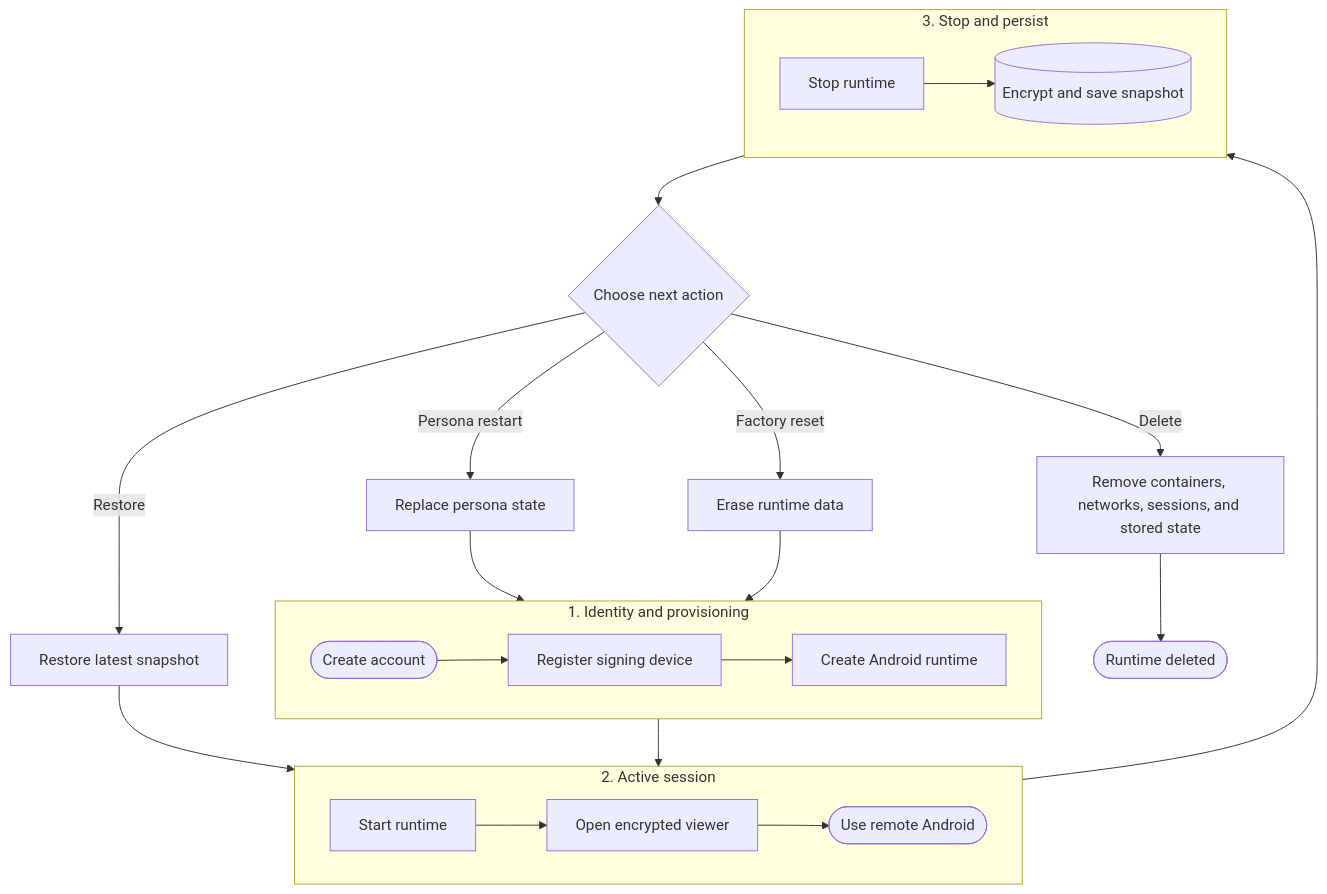
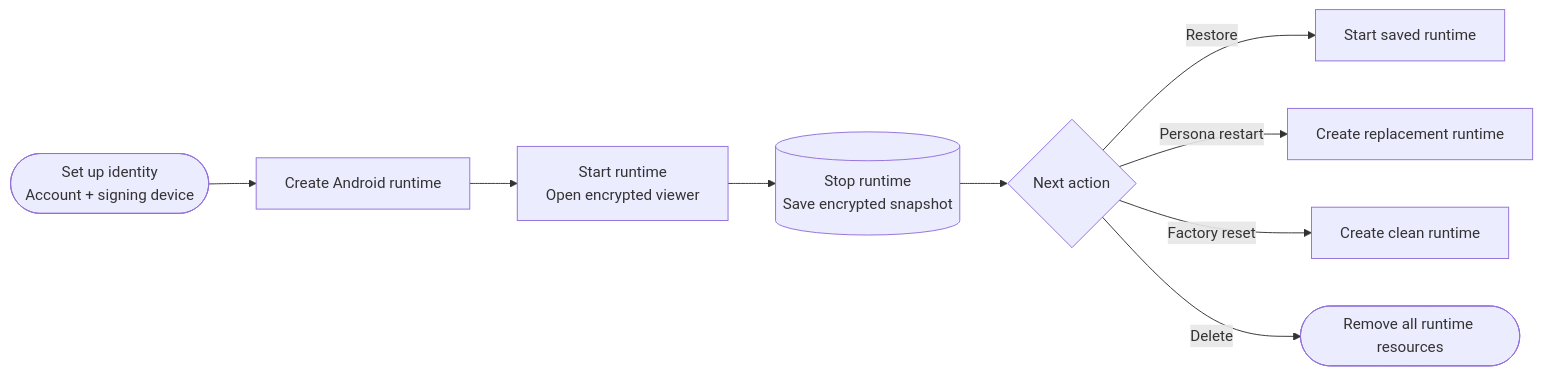
Before and after one commit to mattyperrott/Virtroid: the first of 2 diagrams in README.md, drawn with Mermaid.

````diff
--- a/README.md
+++ b/README.md
@@ -71,35 +71,15 @@
 ```mermaid
-flowchart TD
-    subgraph Bootstrap["1. Identity and provisioning"]
-        direction LR
-        A(["Create account"]) --> B["Register signing device"]
-        B --> C["Create Android runtime"]
-    end
+flowchart LR
+    A(["Set up identity<br/>Account + signing device"])
+    B["Create Android runtime"]
+    C["Start runtime<br/>Open encrypted viewer"]
+    D[("Stop runtime<br/>Save encrypted snapshot")]
+    E{"Next action"}
 
-    subgraph Session["2. Active session"]
-        direction LR
-        D["Start runtime"] --> E["Open encrypted viewer"]
-        E --> F(["Use remote Android"])
-    end
+    A --> B --> C --> D --> E
 
-    subgraph Persistence["3. Stop and persist"]
-        direction LR
-        G["Stop runtime"] --> H[("Encrypt and save snapshot")]
-    end
-
-    C --> D
-    F --> G
-    H --> I{"Choose next action"}
-
-    I -->|Restore| R["Restore latest snapshot"]
-    R --> D
-
-    I -->|Persona restart| P["Replace persona state"]
-    P --> C
-
-    I -->|Factory reset| X["Erase runtime data"]
-    X --> C
-
-    I -->|Delete| J["Remove containers, networks, sessions, and stored state"]
-    J --> K(["Runtime deleted"])
+    E -->|Restore| R["Start saved runtime"]
+    E -->|Persona restart| P["Create replacement runtime"]
+    E -->|Factory reset| F["Create clean runtime"]
+    E -->|Delete| X(["Remove all runtime resources"])
 ```
````
